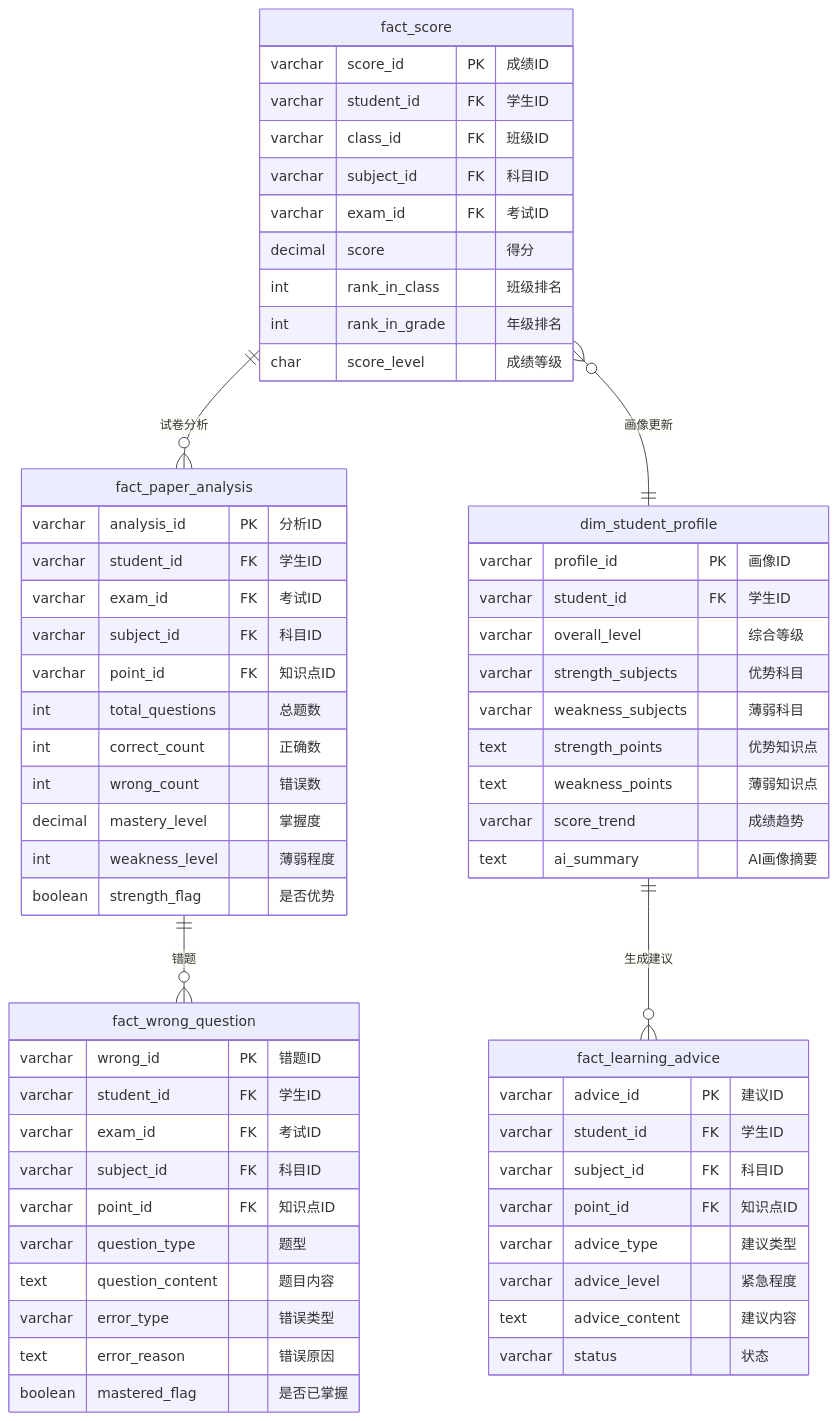
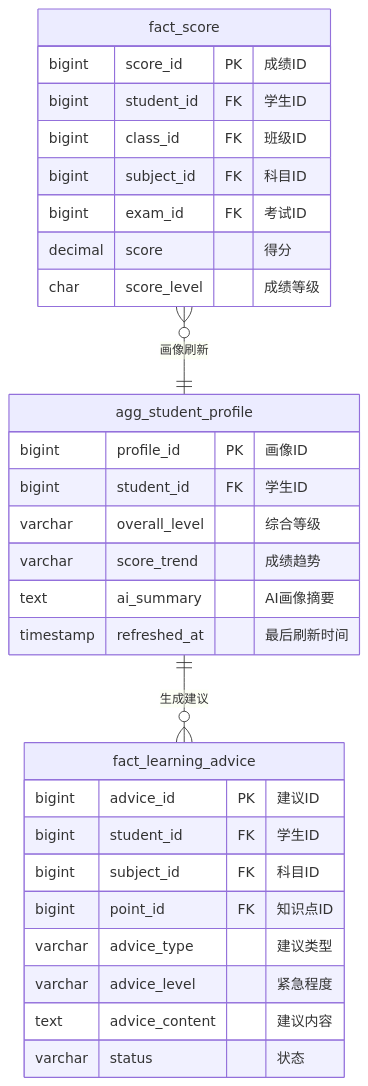
One commit to foggy-projects/foggy-data-mcp-bridge changed the fifth of 7 diagrams in docs/design/student-analytics-data-model.md. Above: the diagram before and after it, drawn with Mermaid. The commit also changed other lines of this file and 21 other files, not shown here.

````diff
--- a/docs/design/student-analytics-data-model.md
+++ b/docs/design/student-analytics-data-model.md
@@ -290,69 +250,35 @@
 ```mermaid
 erDiagram
     fact_score {
-        varchar score_id PK "成绩ID"
-        varchar student_id FK "学生ID"
-        varchar class_id FK "班级ID"
-        varchar subject_id FK "科目ID"
-        varchar exam_id FK "考试ID"
+        bigint score_id PK "成绩ID"
+        bigint student_id FK "学生ID"
+        bigint class_id FK "班级ID"
+        bigint subject_id FK "科目ID"
+        bigint exam_id FK "考试ID"
         decimal score "得分"
-        int rank_in_class "班级排名"
-        int rank_in_grade "年级排名"
         char score_level "成绩等级"
     }
-    
-    fact_paper_analysis {
-        varchar analysis_id PK "分析ID"
-        varchar student_id FK "学生ID"
-        varchar exam_id FK "考试ID"
-        varchar subject_id FK "科目ID"
-        varchar point_id FK "知识点ID"
-        int total_questions "总题数"
-        int correct_count "正确数"
-        int wrong_count "错误数"
-        decimal mastery_level "掌握度"
-        int weakness_level "薄弱程度"
-        boolean strength_flag "是否优势"
-    }
-    
-    fact_wrong_question {
-        varchar wrong_id PK "错题ID"
-        varchar student_id FK "学生ID"
-        varchar exam_id FK "考试ID"
-        varchar subject_id FK "科目ID"
-        varchar point_id FK "知识点ID"
-        varchar question_type "题型"
-        text question_content "题目内容"
-        varchar error_type "错误类型"
-        text error_reason "错误原因"
-        boolean mastered_flag "是否已掌握"
-    }
-    
-    dim_student_profile {
-        varchar profile_id PK "画像ID"
-        varchar student_id FK "学生ID"
+
+    agg_student_profile {
+        bigint profile_id PK "画像ID"
+        bigint student_id FK "学生ID"
         varchar overall_level "综合等级"
-        varchar strength_subjects "优势科目"
-        varchar weakness_subjects "薄弱科目"
-        text strength_points "优势知识点"
-        text weakness_points "薄弱知识点"
         varchar score_trend "成绩趋势"
         text ai_summary "AI画像摘要"
+        timestamp refreshed_at "最后刷新时间"
     }
-    
+
     fact_learning_advice {
-        varchar advice_id PK "建议ID"
-        varchar student_id FK "学生ID"
-        varchar subject_id FK "科目ID"
-        varchar point_id FK "知识点ID"
+        bigint advice_id PK "建议ID"
+        bigint student_id FK "学生ID"
+        bigint subject_id FK "科目ID"
+        bigint point_id FK "知识点ID"
         varchar advice_type "建议类型"
         varchar advice_level "紧急程度"
         text advice_content "建议内容"
         varchar status "状态"
     }
-    
-    fact_score ||--o{ fact_paper_analysis : "试卷分析"
-    fact_paper_analysis ||--o{ fact_wrong_question : "错题"
-    fact_score }o--|| dim_student_profile : "画像更新"
-    dim_student_profile ||--o{ fact_learning_advice : "生成建议"
+
+    fact_score }o--|| agg_student_profile : "画像刷新"
+    agg_student_profile ||--o{ fact_learning_advice : "生成建议"
 ```
````
